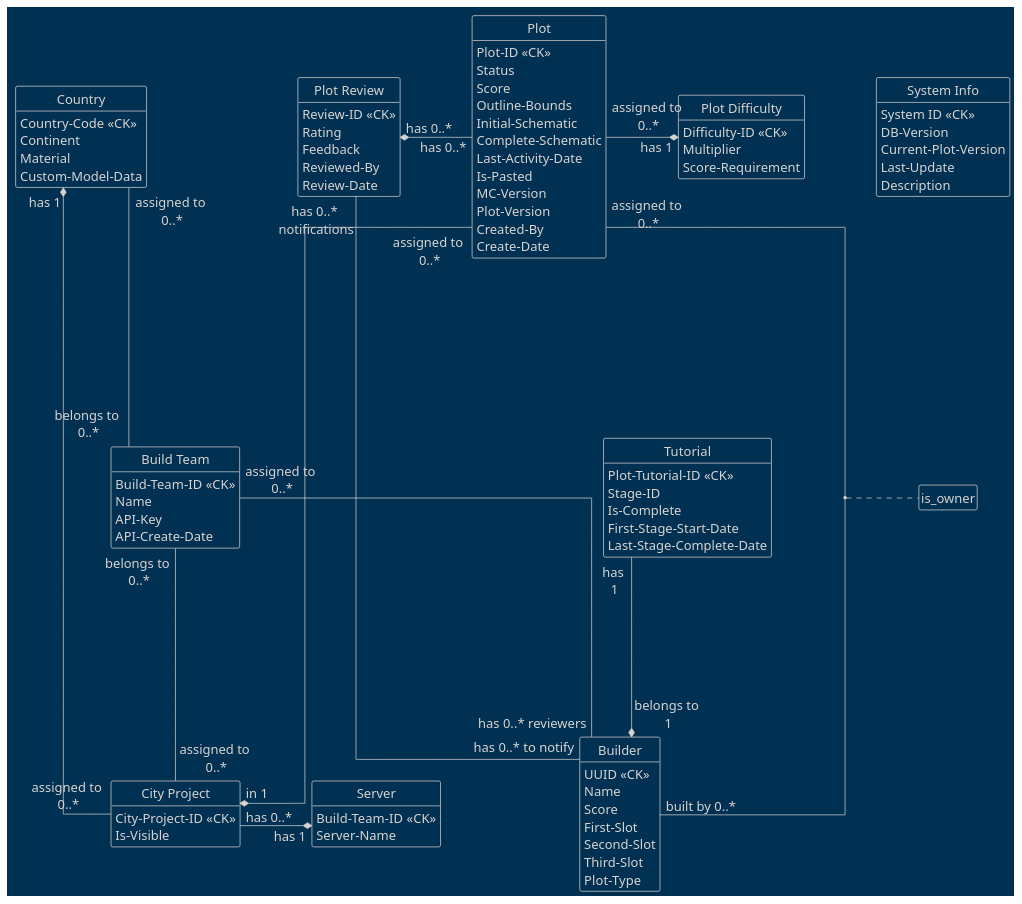
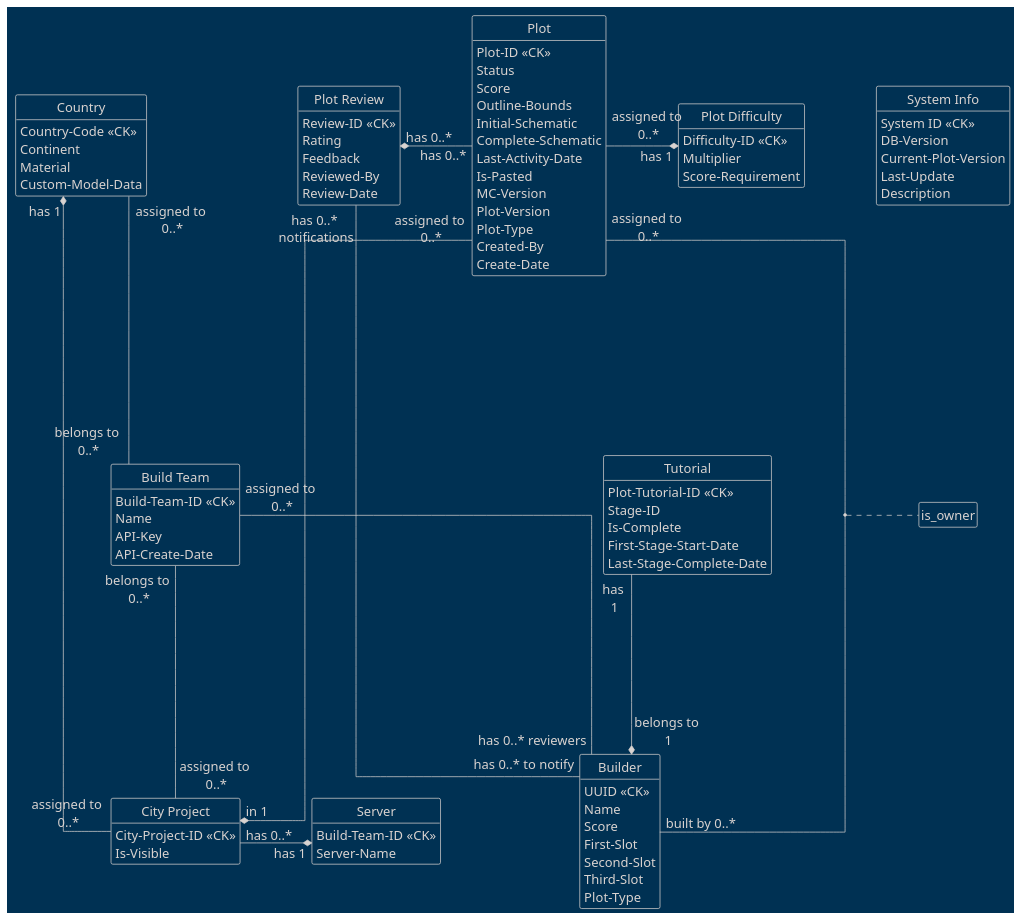
One commit to AlpsBTE/Plot-System-DB changed the diagram in conceptual-db.puml. Above: the diagram before and after it, drawn with PlantUML. The commit also changed 6 other files, not shown here.

Commit message:
add minor changes to the schema

```diff
--- a/conceptual-db.puml
+++ b/conceptual-db.puml
@@ -1,107 +1,108 @@
 @startuml
 skinparam nodesep 100
 skinparam ranksep 250
 skinparam defaultFontSize 18
 
 skinparam linetype ortho
 
 hide circle
 hide empty members
 !theme blueprint
 
 entity "System Info" as system_info {
     System ID <<CK>>
     DB-Version
     Current-Plot-Version
     Last-Update
     Description
 }
 
 entity "Build Team" as build_team {
     Build-Team-ID <<CK>>
     Name
     API-Key
     API-Create-Date
 }
 
 entity "Server" as server {
     Build-Team-ID <<CK>>
     Server-Name
 }
 
 entity "Country" as country {
     Country-Code <<CK>>
     Continent
     Material
     Custom-Model-Data
 }
 
 entity "City Project" as city_project {
     City-Project-ID <<CK>>
     Is-Visible
 }
 
 entity "Builder" as builder {
     UUID <<CK>>
     Name
     Score
     First-Slot
     Second-Slot
     Third-Slot
     Plot-Type
 }
 
 entity "Plot Difficulty" as plot_difficulty {
     Difficulty-ID <<CK>>
     Multiplier
     Score-Requirement
 }
 
 entity "Plot" as plot {
     Plot-ID <<CK>>
     Status
     Score
     Outline-Bounds
     Initial-Schematic
     Complete-Schematic
     Last-Activity-Date
     Is-Pasted
     MC-Version
     Plot-Version
+    Plot-Type
     Created-By
     Create-Date
 }
 
 entity "Tutorial" as tutorial {
     Plot-Tutorial-ID <<CK>>
     Stage-ID
     Is-Complete
     First-Stage-Start-Date
     Last-Stage-Complete-Date
 }
 
 entity "Plot Review" as plot_review {
     Review-ID <<CK>>
     Rating
     Feedback
     Reviewed-By
     Review-Date
 }
 
 build_team "belongs to \n0..*" -up- "assigned to \n0..*" country
 build_team "belongs to \n0..*" -- "assigned to \n0..*" city_project
 build_team "assigned to \n0..*" -- "has 0..* reviewers" builder
 plot_review "has 0..*\n notifications" -- "has 0..* to notify" builder
 plot_review "has 0..*" *- "has 0..*" plot
 
 server "has 1" *--left- "has 0..*" city_project
 country "has 1" *-- "assigned to \n0..*" city_project
 
 plot "assigned to\n 0..*" -- "built by 0..*" builder
 (plot, builder) . is_owner
 
 plot "assigned to \n0..*" --* "in 1" city_project
 plot "assigned to \n0..*" -right* "has 1" plot_difficulty
 
 tutorial "has \n1" --* "belongs to \n1" builder
 @enduml
```
